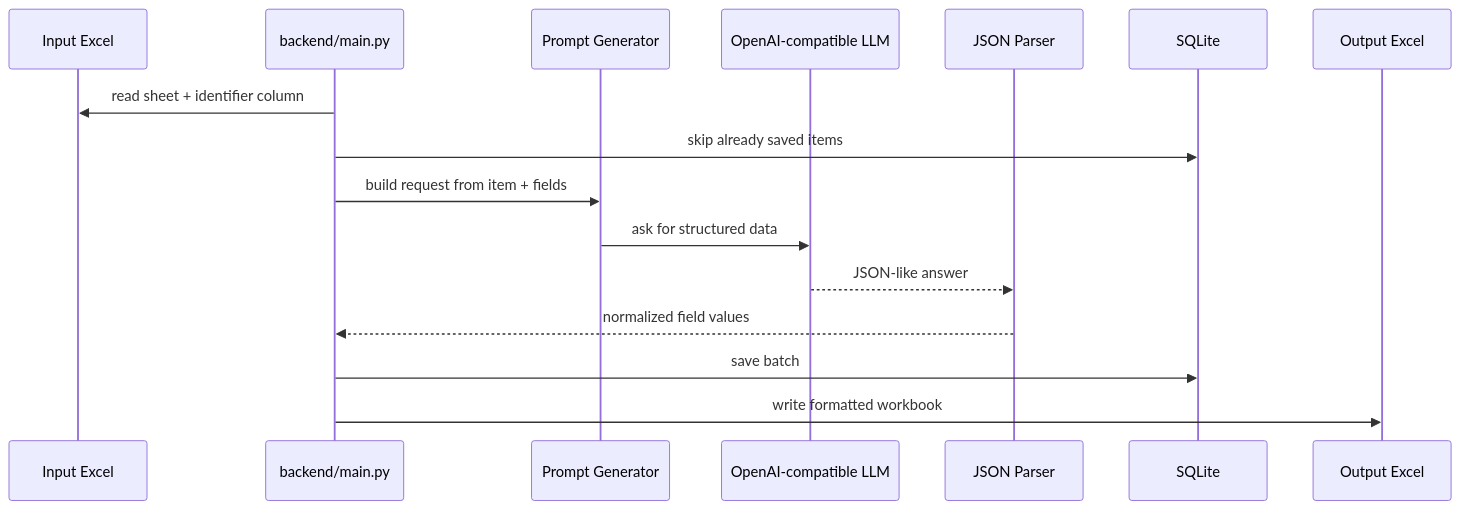
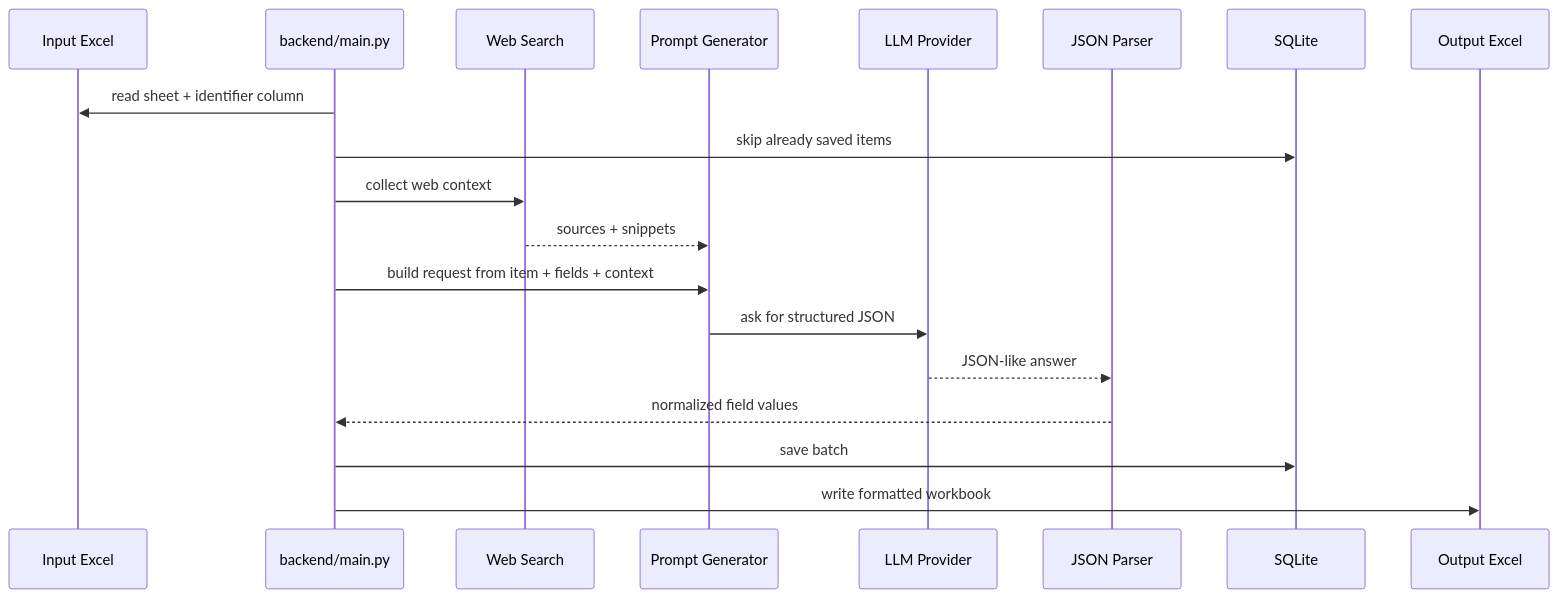
Before and after one commit to AmaLS367/Factoria: the diagram in README.md, drawn with Mermaid. The commit also changed other lines of this file and 2 other files, not shown here.

````diff
--- a/README.md
+++ b/README.md
@@ -78,19 +108,22 @@
 ```mermaid
 sequenceDiagram
     participant Excel as Input Excel
     participant Runner as backend/main.py
+    participant Search as Web Search
     participant Prompt as Prompt Generator
-    participant LLM as OpenAI-compatible LLM
+    participant LLM as LLM Provider
     participant Parser as JSON Parser
     participant DB as SQLite
     participant Export as Output Excel
 
     Runner->>Excel: read sheet + identifier column
     Runner->>DB: skip already saved items
-    Runner->>Prompt: build request from item + fields
-    Prompt->>LLM: ask for structured data
+    Runner->>Search: collect web context
+    Search-->>Prompt: sources + snippets
+    Runner->>Prompt: build request from item + fields + context
+    Prompt->>LLM: ask for structured JSON
     LLM-->>Parser: JSON-like answer
     Parser-->>Runner: normalized field values
     Runner->>DB: save batch
     Runner->>Export: write formatted workbook
 ```
````
